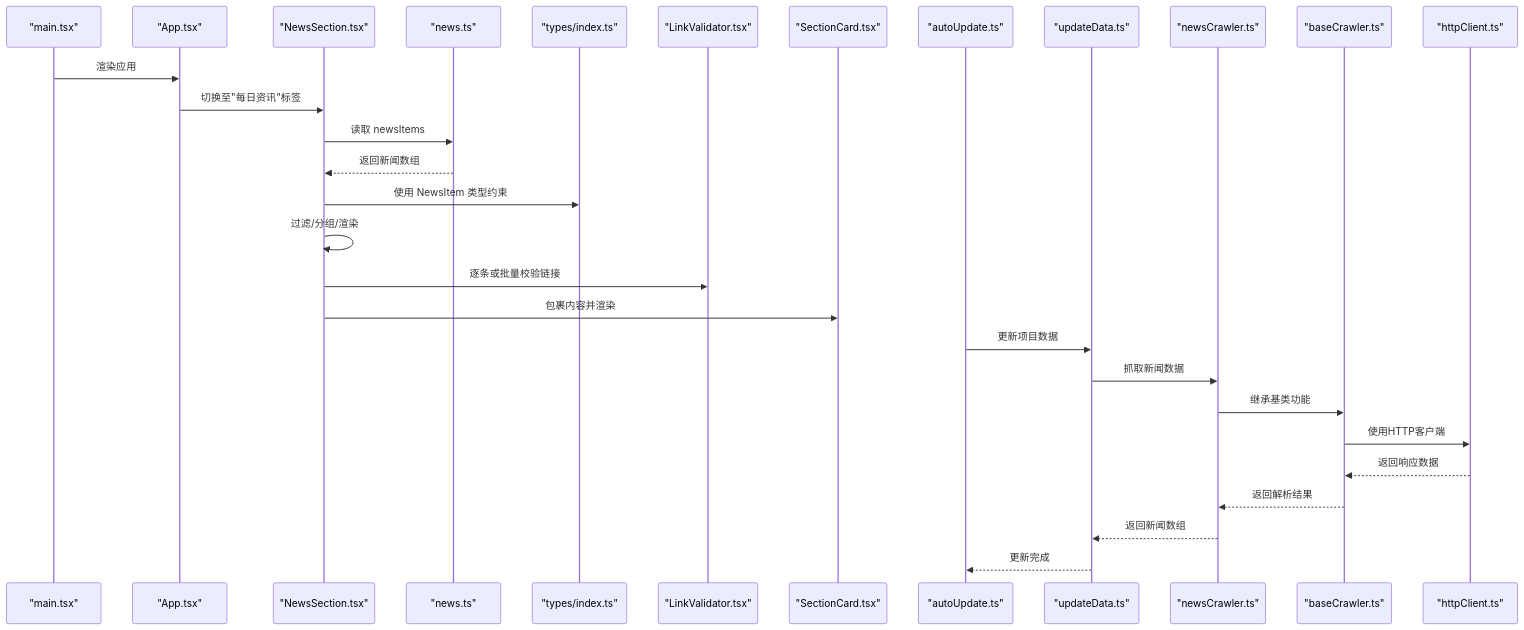
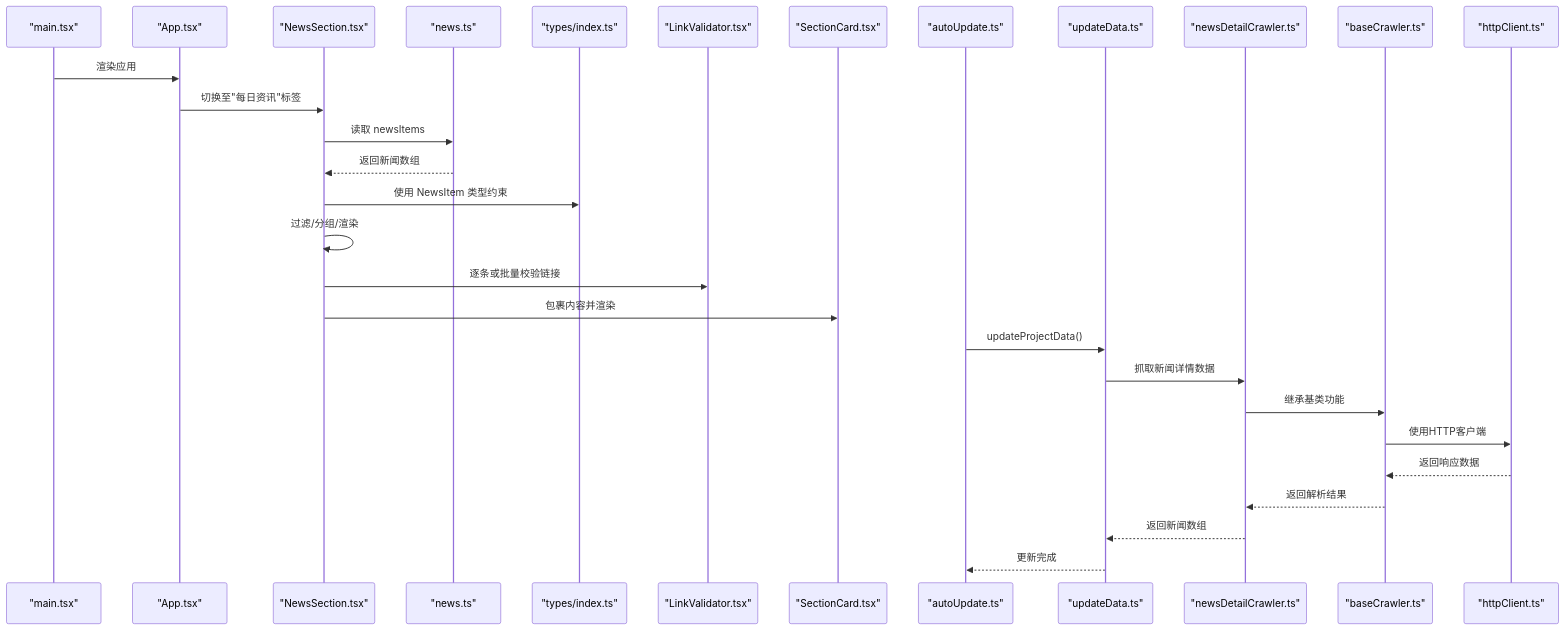
One commit to liangxuanliang-cmd/carbon-info-agent changed the second of 7 diagrams in .qoder/repowiki/zh/content/数据管理/新闻数据管理/新闻数据管理.md. Above: the diagram before and after it, drawn with Mermaid. The commit also changed other lines of this file and 8 other files, not shown here.

````diff
--- a/.qoder/repowiki/zh/content/数据管理/新闻数据管理/新闻数据管理.md
+++ b/.qoder/repowiki/zh/content/数据管理/新闻数据管理/新闻数据管理.md
@@ -125,31 +138,31 @@
 ```mermaid
 sequenceDiagram
 participant Main as "main.tsx"
 participant App as "App.tsx"
 participant NewsSec as "NewsSection.tsx"
 participant NewsData as "news.ts"
 participant Types as "types/index.ts"
 participant LinkVal as "LinkValidator.tsx"
 participant Card as "SectionCard.tsx"
 participant AutoUpdate as "autoUpdate.ts"
 participant UpdateData as "updateData.ts"
-participant NewsCrawler as "newsCrawler.ts"
+participant NewsDetailCrawler as "newsDetailCrawler.ts"
 participant BaseCrawler as "baseCrawler.ts"
 participant HttpClient as "httpClient.ts"
 Main->>App : 渲染应用
 App->>NewsSec : 切换至"每日资讯"标签
 NewsSec->>NewsData : 读取 newsItems
 NewsData-->>NewsSec : 返回新闻数组
 NewsSec->>Types : 使用 NewsItem 类型约束
 NewsSec->>NewsSec : 过滤/分组/渲染
 NewsSec->>LinkVal : 逐条或批量校验链接
 NewsSec->>Card : 包裹内容并渲染
-AutoUpdate->>UpdateData : 更新项目数据
-UpdateData->>NewsCrawler : 抓取新闻数据
-NewsCrawler->>BaseCrawler : 继承基类功能
+AutoUpdate->>UpdateData : updateProjectData()
+UpdateData->>NewsDetailCrawler : 抓取新闻详情数据
+NewsDetailCrawler->>BaseCrawler : 继承基类功能
 BaseCrawler->>HttpClient : 使用HTTP客户端
 HttpClient-->>BaseCrawler : 返回响应数据
-BaseCrawler-->>NewsCrawler : 返回解析结果
-NewsCrawler-->>UpdateData : 返回新闻数组
+BaseCrawler-->>NewsDetailCrawler : 返回解析结果
+NewsDetailCrawler-->>UpdateData : 返回新闻数组
 UpdateData-->>AutoUpdate : 更新完成
 ```
````
